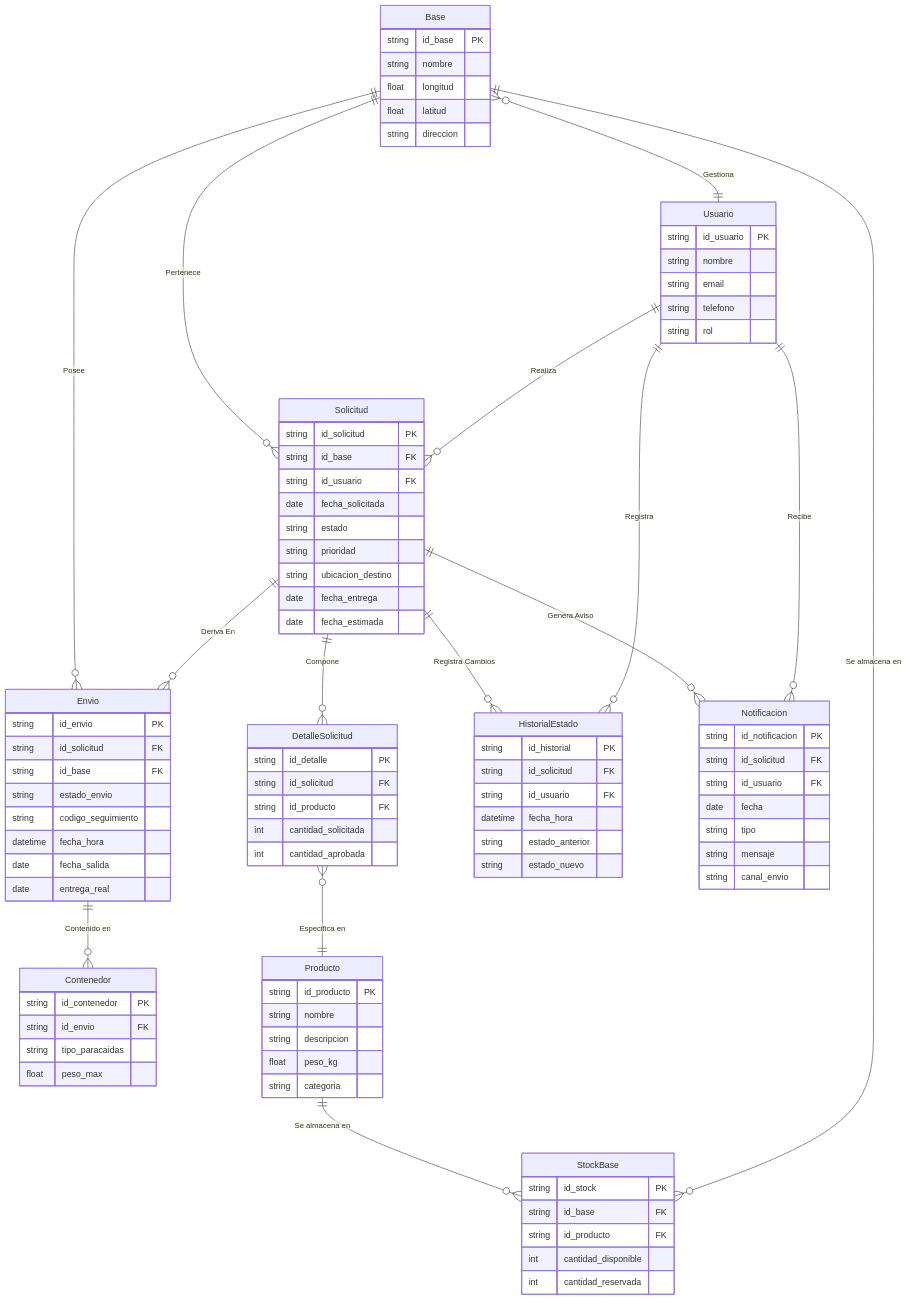
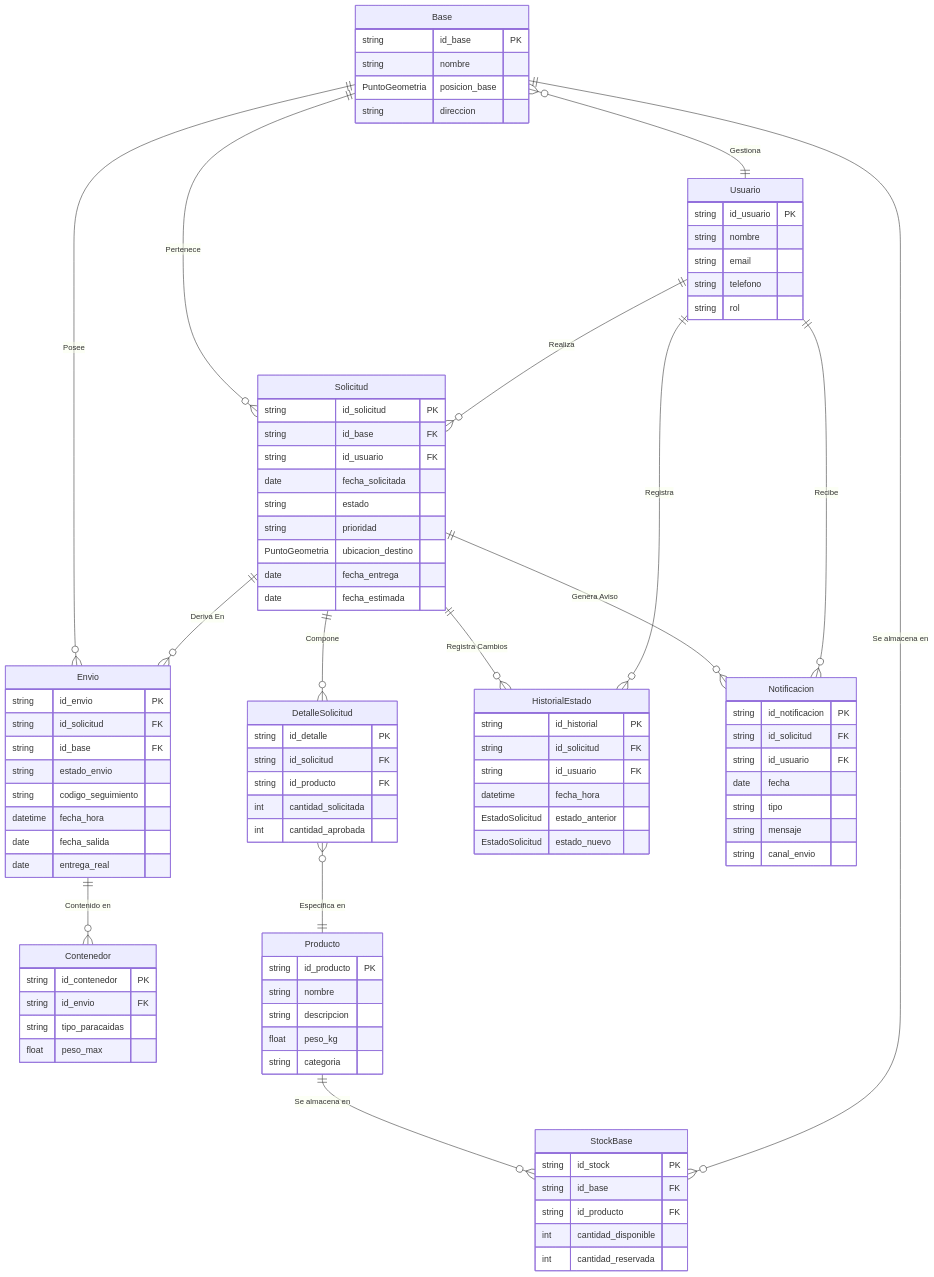
The diagram in Documentos/Diagrama-ER.md (proyecto-lanzador-de-suministros/Proyecto-lanzar), drawn with Mermaid before and after one commit. The commit also changed 5 other files, not shown here.

```diff
--- a/Documentos/Diagrama-ER.md
+++ b/Documentos/Diagrama-ER.md
@@ -17,8 +17,7 @@
     Base {
         string id_base PK
         string nombre
-        float longitud
-        float latitud
+        PuntoGeometria posicion_base
         string direccion
     }
 
@@ -29,7 +28,7 @@
         date fecha_solicitada
         string estado
         string prioridad
-        string ubicacion_destino
+        PuntoGeometria ubicacion_destino
         date fecha_entrega
         date fecha_estimada
     }
@@ -82,8 +81,8 @@
         string id_solicitud FK
         string id_usuario FK
         datetime fecha_hora
-        string estado_anterior
-        string estado_nuevo
+        EstadoSolicitud estado_anterior
+        EstadoSolicitud estado_nuevo
     }
 
     Notificacion {
```
